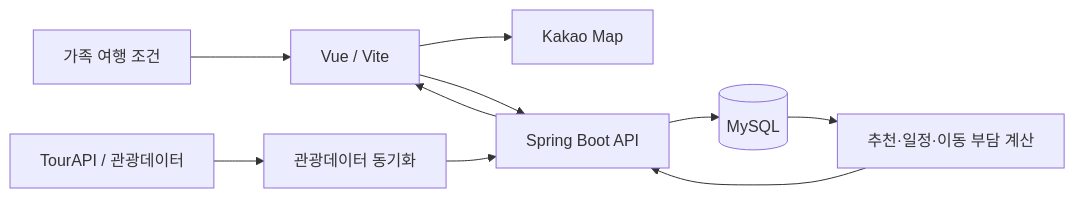
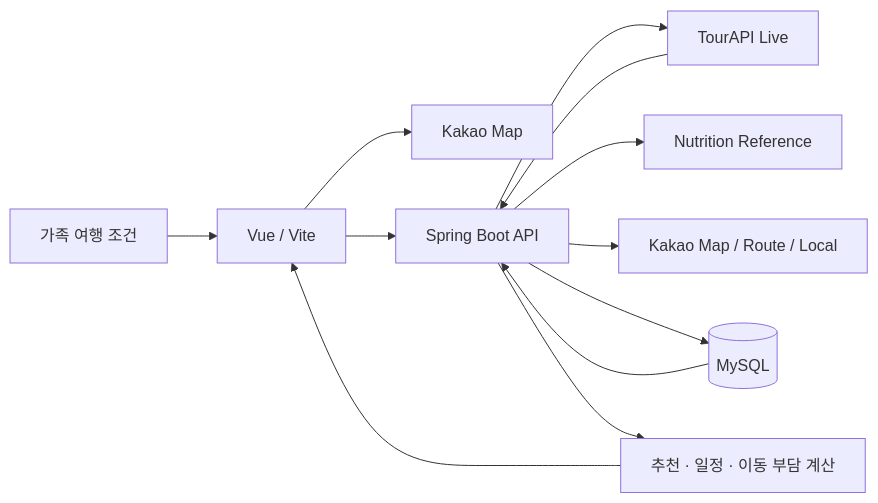
Before and after one commit to jeon950523/HankkiTravel: the diagram in docs/architecture/README.md, drawn with Mermaid. The commit also changed other lines of this file, not shown here.

Commit message:
docs: align architecture with live-first runtime

````diff
--- a/docs/architecture/README.md
+++ b/docs/architecture/README.md
@@ -5,12 +7,18 @@
 ```mermaid
 flowchart LR
     U[가족 여행 조건] --> FE[Vue / Vite]
     FE --> MAP[Kakao Map]
     FE --> API[Spring Boot API]
-    TOUR[TourAPI / 관광데이터] --> SYNC[관광데이터 동기화]
-    SYNC --> API
+
+    API --> TOUR[TourAPI Live]
+    TOUR --> API
+
+    API --> NUT[Nutrition Reference]
+    API --> KAKAO[Kakao Map / Route / Local]
+
     API --> DB[(MySQL)]
-    DB --> REC[추천·일정·이동 부담 계산]
-    REC --> API
-    API --> FE
+    DB --> API
+
+    API --> REC[추천 · 일정 · 이동 부담 계산]
+    REC --> FE
 ```
````
